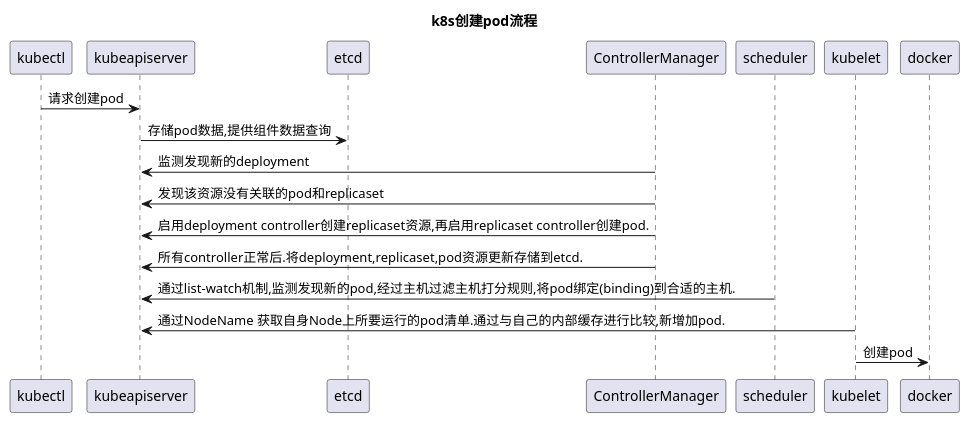
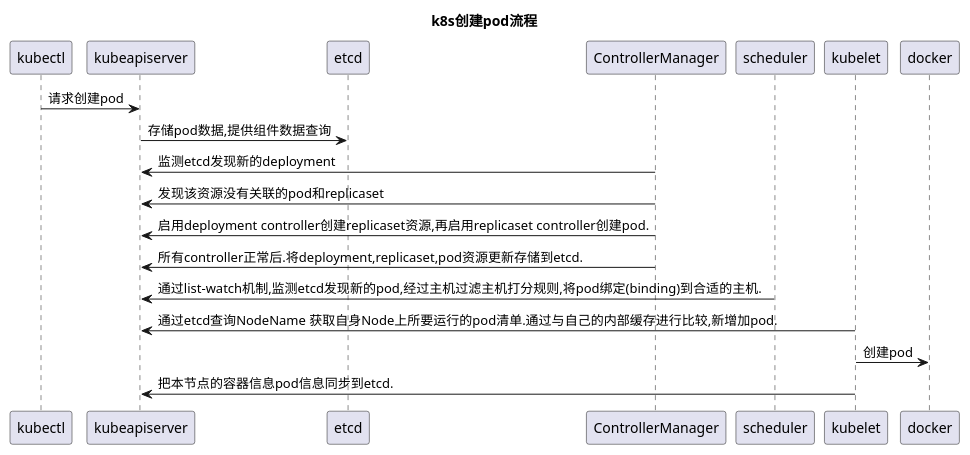
One commit to nxk88998/k8s changed the diagram in k8s工作流程/README.md. Above: the diagram before and after it, drawn with PlantUML. The commit also changed other lines of this file, not shown here.

````diff
--- a/k8s工作流程/README.md
+++ b/k8s工作流程/README.md
@@ -1,21 +2,22 @@
 ```plantuml
 @startuml
 title k8s创建pod流程
 
 
 kubectl -> kubeapiserver : 请求创建pod
 
 kubeapiserver -> etcd : 存储pod数据,提供组件数据查询
 
-ControllerManager -> kubeapiserver : 监测发现新的deployment
+ControllerManager -> kubeapiserver : 监测etcd发现新的deployment
 ControllerManager -> kubeapiserver : 发现该资源没有关联的pod和replicaset
 ControllerManager -> kubeapiserver : 启用deployment controller创建replicaset资源,再启用replicaset controller创建pod.
 ControllerManager -> kubeapiserver : 所有controller正常后.将deployment,replicaset,pod资源更新存储到etcd.
 
-scheduler -> kubeapiserver : 通过list-watch机制,监测发现新的pod,经过主机过滤主机打分规则,将pod绑定(binding)到合适的主机.
+scheduler -> kubeapiserver : 通过list-watch机制,监测etcd发现新的pod,经过主机过滤主机打分规则,将pod绑定(binding)到合适的主机.
 
-kubelet -> kubeapiserver : 通过NodeName 获取自身Node上所要运行的pod清单.通过与自己的内部缓存进行比较,新增加pod.
+kubelet -> kubeapiserver : 通过etcd查询NodeName 获取自身Node上所要运行的pod清单.通过与自己的内部缓存进行比较,新增加pod.
 kubelet -> docker : 创建pod
+kubelet -> kubeapiserver : 把本节点的容器信息pod信息同步到etcd.
 
 @enduml
 ```
````
